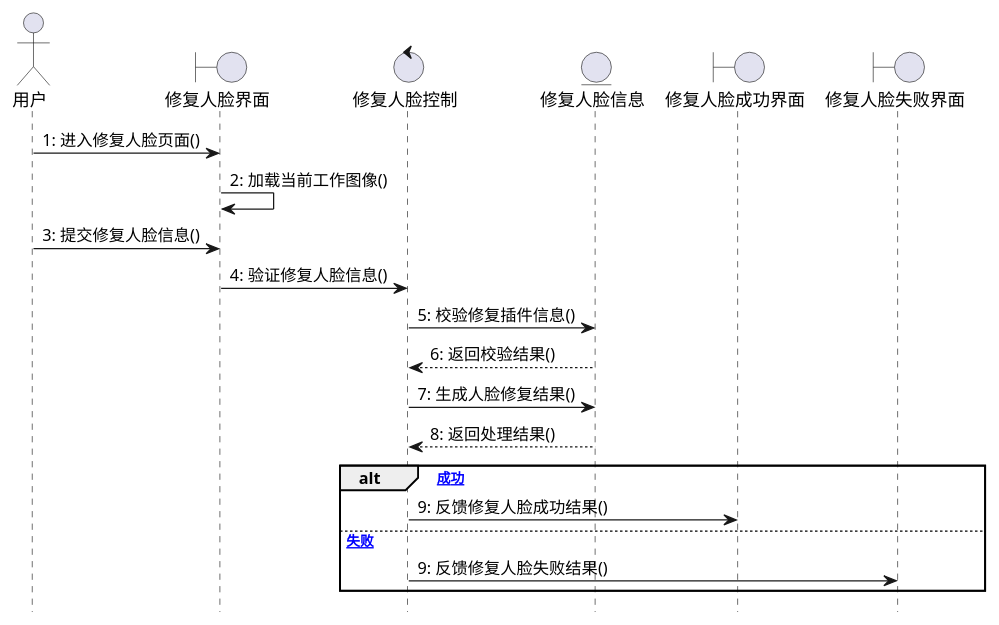
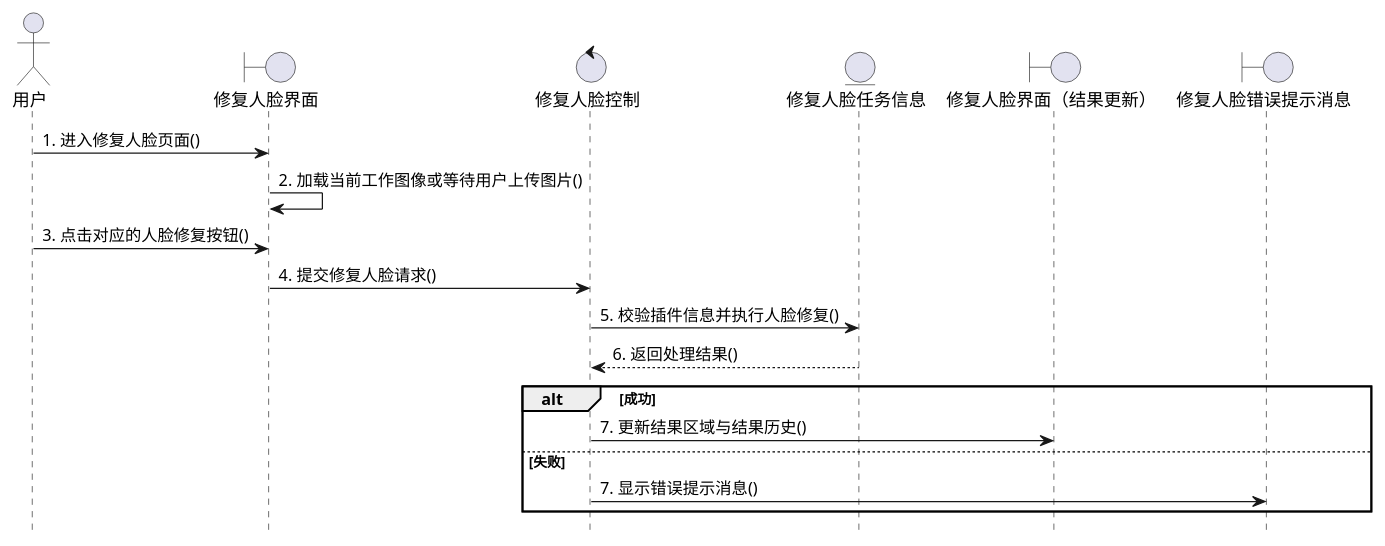
Before and after one commit to LyferLu/Artie: the ninth of 16 diagrams in doc/paper.md, drawn with PlantUML. The commit also changed other lines of this file, not shown here.

````diff
--- a/doc/paper.md
+++ b/doc/paper.md
@@ -902,25 +925,23 @@
 ```plantuml
 @startuml
 hide footbox
 actor 用户
 boundary "修复人脸界面" as B7
 control "修复人脸控制" as C7
-entity "修复人脸信息" as E7
-boundary "修复人脸成功界面" as BS7
-boundary "修复人脸失败界面" as BF7
+entity "修复人脸任务信息" as E7
+boundary "修复人脸界面（结果更新）" as BS7
+boundary "修复人脸错误提示消息" as BF7
 
-用户 -> B7 : 1: 进入修复人脸页面()
-B7 -> B7 : 2: 加载当前工作图像()
-用户 -> B7 : 3: 提交修复人脸信息()
-B7 -> C7 : 4: 验证修复人脸信息()
-C7 -> E7 : 5: 校验修复插件信息()
-E7 --> C7 : 6: 返回校验结果()
-C7 -> E7 : 7: 生成人脸修复结果()
-E7 --> C7 : 8: 返回处理结果()
-alt [成功]
-  C7 -> BS7 : 9: 反馈修复人脸成功结果()
-else [失败]
-  C7 -> BF7 : 9: 反馈修复人脸失败结果()
+用户 -> B7 : 1. 进入修复人脸页面()
+B7 -> B7 : 2. 加载当前工作图像或等待用户上传图片()
+用户 -> B7 : 3. 点击对应的人脸修复按钮()
+B7 -> C7 : 4. 提交修复人脸请求()
+C7 -> E7 : 5. 校验插件信息并执行人脸修复()
+E7 --> C7 : 6. 返回处理结果()
+alt 成功
+  C7 -> BS7 : 7. 更新结果区域与结果历史()
+else 失败
+  C7 -> BF7 : 7. 显示错误提示消息()
 end
 @enduml
 ```
````
